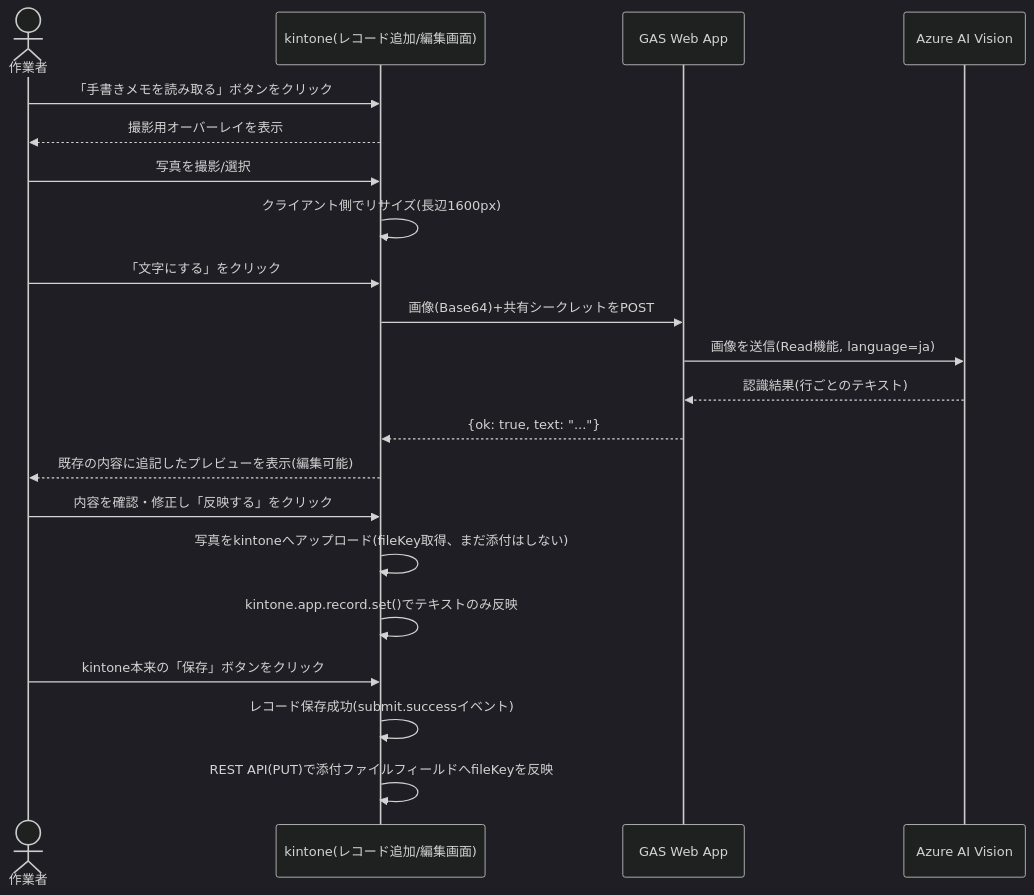
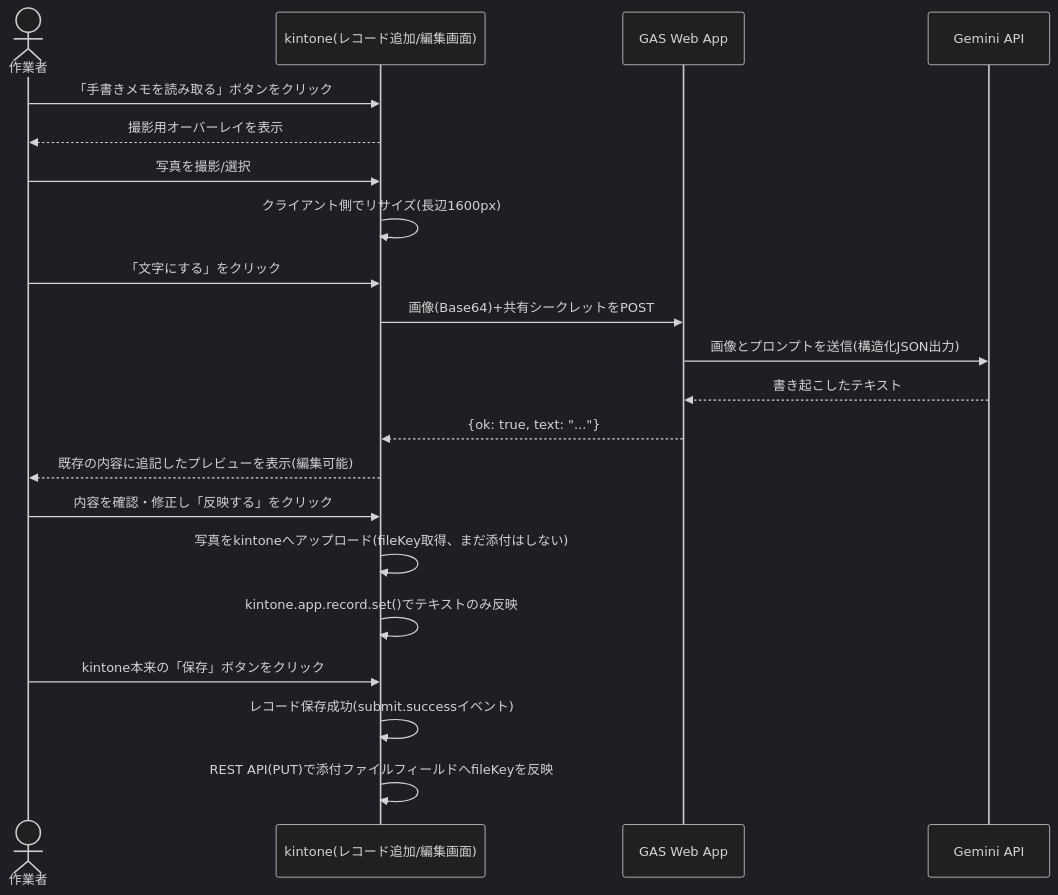
Before and after one commit to un-jay/kintone-customizations: the diagram in customizations/handwriting-input/README.md, drawn with Mermaid (dark theme). The commit also changed other lines of this file and 13 other files, not shown here.

````diff
--- a/customizations/handwriting-input/README.md
+++ b/customizations/handwriting-input/README.md
@@ -33,24 +33,24 @@
 ```mermaid
 sequenceDiagram
     actor User as 作業者
     participant Kintone as kintone(レコード追加/編集画面)
     participant GAS as GAS Web App
-    participant Azure as Azure AI Vision
+    participant Gemini as Gemini API
 
     User->>Kintone: 「手書きメモを読み取る」ボタンをクリック
     Kintone-->>User: 撮影用オーバーレイを表示
     User->>Kintone: 写真を撮影/選択
     Kintone->>Kintone: クライアント側でリサイズ(長辺1600px)
     User->>Kintone: 「文字にする」をクリック
     Kintone->>GAS: 画像(Base64)+共有シークレットをPOST
-    GAS->>Azure: 画像を送信(Read機能, language=ja)
-    Azure-->>GAS: 認識結果(行ごとのテキスト)
+    GAS->>Gemini: 画像とプロンプトを送信(構造化JSON出力)
+    Gemini-->>GAS: 書き起こしたテキスト
     GAS-->>Kintone: {ok: true, text: "..."}
     Kintone-->>User: 既存の内容に追記したプレビューを表示(編集可能)
     User->>Kintone: 内容を確認・修正し「反映する」をクリック
     Kintone->>Kintone: 写真をkintoneへアップロード(fileKey取得、まだ添付はしない)
     Kintone->>Kintone: kintone.app.record.set()でテキストのみ反映
     User->>Kintone: kintone本来の「保存」ボタンをクリック
     Kintone->>Kintone: レコード保存成功(submit.successイベント)
     Kintone->>Kintone: REST API(PUT)で添付ファイルフィールドへfileKeyを反映
 ```
````
